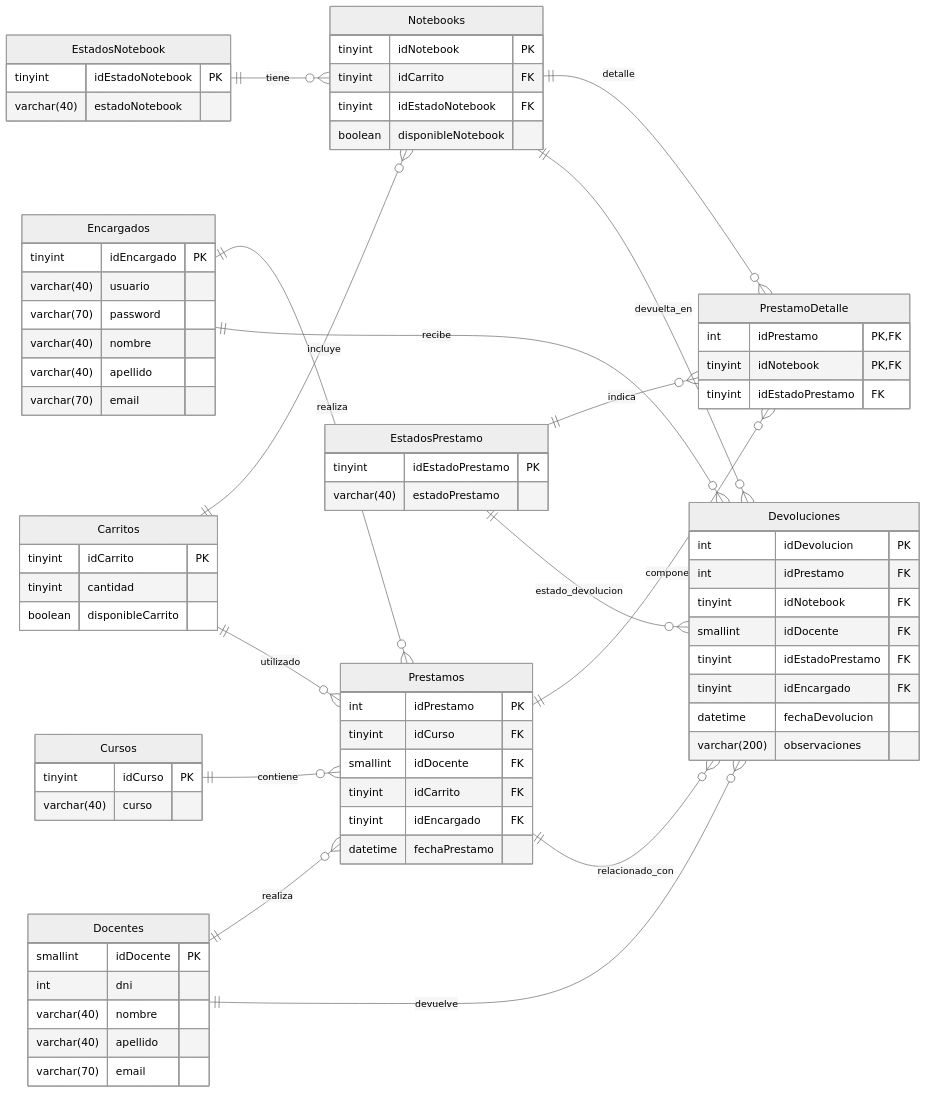
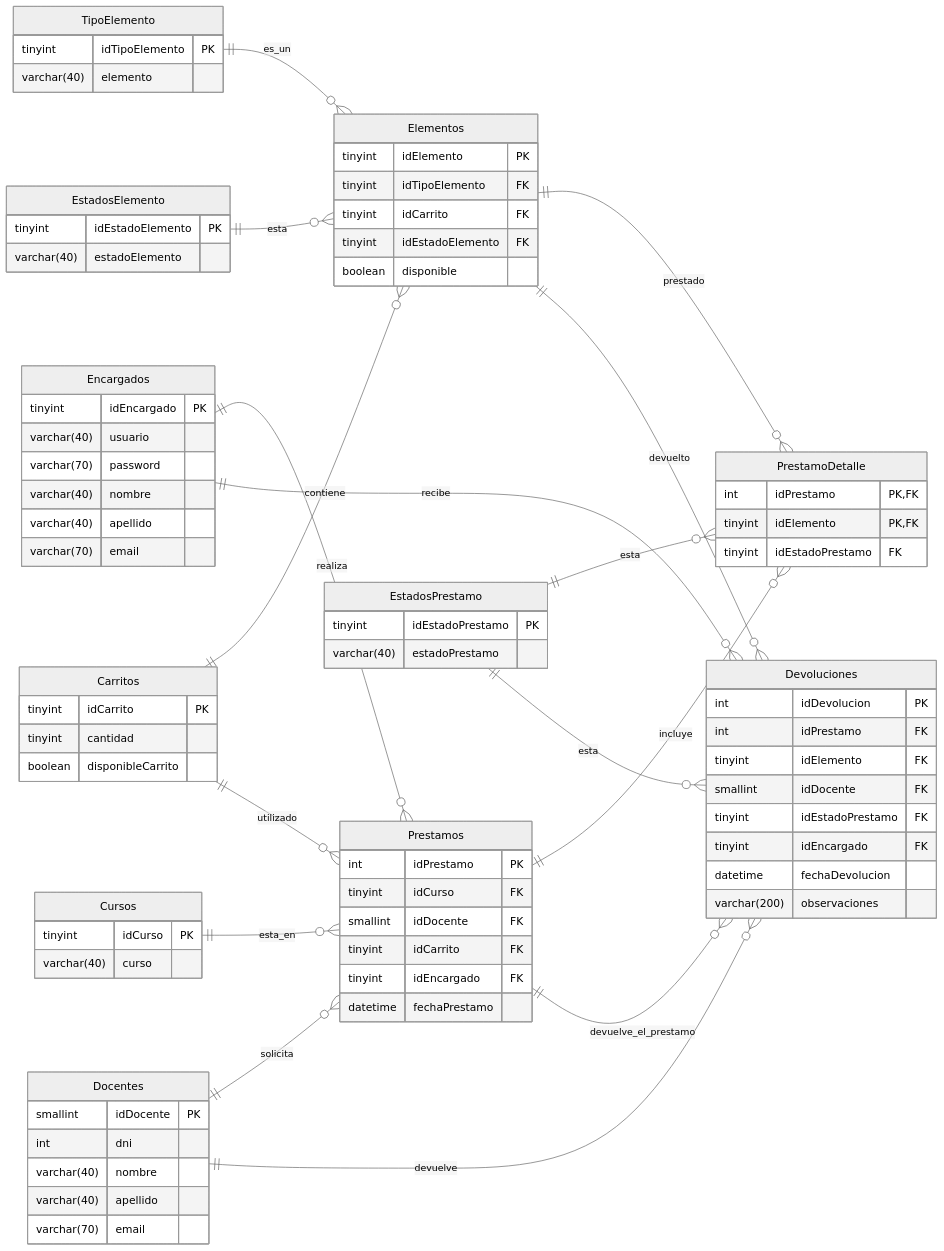
Before and after one commit to Misael-jk/Aula_Digital: the diagram in Document/DiagramaDDL.md, drawn with Mermaid (neutral theme).

````diff
--- a/Document/DiagramaDDL.md
+++ b/Document/DiagramaDDL.md
@@ -3,96 +3,105 @@
 ```mermaid
 erDiagram
 direction LR
+
 Encargados {
-    tinyint      idEncargado   PK
-    varchar(40)   usuario
-    varchar(70)   password
-    varchar(40)   nombre
-    varchar(40)   apellido
-    varchar(70)   email
+    tinyint      idEncargado       PK
+    varchar(40)  usuario
+    varchar(70)  password
+    varchar(40)  nombre
+    varchar(40)  apellido
+    varchar(70)  email
 }
 
 Docentes {
-    smallint      idDocente   PK
-    int           dni
-    varchar(40)   nombre
-    varchar(40)   apellido
-    varchar(70)   email
+    smallint     idDocente         PK
+    int          dni
+    varchar(40)  nombre
+    varchar(40)  apellido
+    varchar(70)  email
 }
 
-EstadosNotebook {
-    tinyint       idEstadoNotebook   PK
-    varchar(40)   estadoNotebook
+TipoElemento {
+    tinyint      idTipoElemento    PK
+    varchar(40)  elemento
 }
 
-Notebooks {
-    tinyint   idNotebook         PK
-    tinyint   idCarrito          FK
-    tinyint   idEstadoNotebook   FK
-    boolean   disponibleNotebook
+EstadosElemento {
+    tinyint      idEstadoElemento  PK
+    varchar(40)  estadoElemento
+}
+
+Elementos {
+    tinyint      idElemento         PK
+    tinyint      idTipoElemento     FK
+    tinyint      idCarrito          FK
+    tinyint      idEstadoElemento   FK
+    boolean      disponible
 }
 
 Carritos {
-    tinyint   idCarrito   PK
-    tinyint   cantidad
-    boolean   disponibleCarrito
+    tinyint      idCarrito          PK
+    tinyint      cantidad
+    boolean      disponibleCarrito
 }
 
 Cursos {
-    tinyint        idCurso PK
-    varchar(40)    curso
+    tinyint      idCurso           PK
+    varchar(40)  curso
 }
 
 Prestamos {
-    int           idPrestamo      PK
-    tinyint       idCurso         FK
-    smallint      idDocente       FK
-    tinyint       idCarrito       FK
-    tinyint       idEncargado     FK
-    datetime      fechaPrestamo
+    int          idPrestamo        PK
+    tinyint      idCurso           FK
+    smallint     idDocente         FK
+    tinyint      idCarrito         FK
+    tinyint      idEncargado       FK
+    datetime     fechaPrestamo
 }
 
 EstadosPrestamo {
-    tinyint       idEstadoPrestamo   PK
-    varchar(40)   estadoPrestamo
+    tinyint      idEstadoPrestamo   PK
+    varchar(40)  estadoPrestamo
 }
 
 PrestamoDetalle {
-    int         idPrestamo         PK, FK
-    tinyint     idNotebook         PK, FK
-    tinyint     idEstadoPrestamo   FK
+    int          idPrestamo         PK, FK
+    tinyint      idElemento         PK, FK
+    tinyint      idEstadoPrestamo   FK
 }
 
 Devoluciones {
-    int            idDevolucion       PK
-    int            idPrestamo         FK
-    tinyint        idNotebook         FK
-    smallint       idDocente          FK
-    tinyint        idEstadoPrestamo   FK
-    tinyint        idEncargado        FK
-    datetime       fechaDevolucion
-    varchar(200)   observaciones
+    int          idDevolucion       PK
+    int          idPrestamo         FK
+    tinyint      idElemento         FK
+    smallint     idDocente          FK
+    tinyint      idEstadoPrestamo   FK
+    tinyint      idEncargado        FK
+    datetime     fechaDevolucion
+    varchar(200) observaciones
 }
 
 Encargados ||--o{ Prestamos : realiza
 Encargados ||--o{ Devoluciones : recibe
 
-Docentes ||--o{ Prestamos : realiza
+Docentes ||--o{ Prestamos : solicita
 Docentes ||--o{ Devoluciones : devuelve
 
-Cursos ||--o{ Prestamos : contiene
+Cursos ||--o{ Prestamos : esta_en
 
-Carritos ||--o{ Notebooks : incluye
+TipoElemento ||--o{ Elementos : es_un
+EstadosElemento ||--o{ Elementos : esta
+
+Carritos ||--o{ Elementos : contiene
 Carritos ||--o{ Prestamos : utilizado
 
-Notebooks ||--o{ PrestamoDetalle : detalle
-Notebooks ||--o{ Devoluciones : devuelta_en
-EstadosNotebook ||--o{ Notebooks : tiene
+Elementos ||--o{ PrestamoDetalle : prestado
+Elementos ||--o{ Devoluciones : devuelto
 
-Prestamos ||--o{ PrestamoDetalle : compone
-Prestamos ||--o{ Devoluciones : relacionado_con
+Prestamos ||--o{ PrestamoDetalle : incluye
+Prestamos ||--o{ Devoluciones : devuelve_el_prestamo
 
-EstadosPrestamo ||--o{ PrestamoDetalle : indica
-EstadosPrestamo ||--o{ Devoluciones : estado_devolucion
+EstadosPrestamo ||--o{ PrestamoDetalle : esta
+EstadosPrestamo ||--o{ Devoluciones : esta
 
 ```
````
